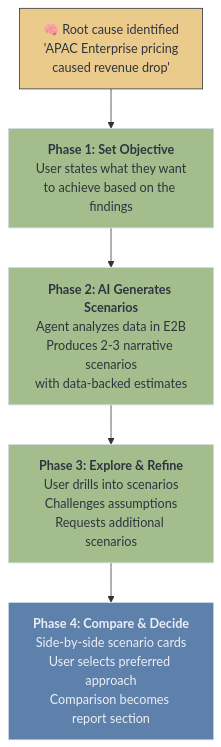
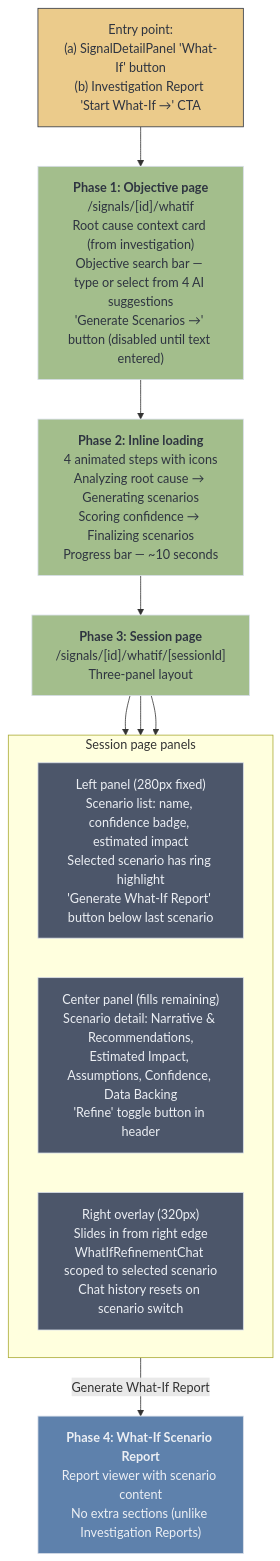
One commit to nuelo-ai/nuelo-spectra changed the sixth of 6 diagrams in requirements/Spectra-Pulse-Requirement.md. Above: the diagram before and after it, drawn with Mermaid. The commit also changed other lines of this file, not shown here.

````diff
--- a/requirements/Spectra-Pulse-Requirement.md
+++ b/requirements/Spectra-Pulse-Requirement.md
@@ -330,16 +355,30 @@
 ```mermaid
 graph TD
-    RC["🧠 Root cause identified<br/>'APAC Enterprise pricing<br/>caused revenue drop'"] --> Objective["<b>Phase 1: Set Objective</b><br/>User states what they want<br/>to achieve based on the findings"]
+    Entry["Entry point:<br/>(a) SignalDetailPanel 'What-If' button<br/>(b) Investigation Report 'Start What-If →' CTA"] --> ObjPage["<b>Phase 1: Objective page</b><br/>/signals/[id]/whatif<br/>Root cause context card (from investigation)<br/>Objective search bar — type or select from 4 AI suggestions<br/>'Generate Scenarios →' button (disabled until text entered)"]
 
-    Objective --> Generate["<b>Phase 2: AI Generates Scenarios</b><br/>Agent analyzes data in E2B<br/>Produces 2-3 narrative scenarios<br/>with data-backed estimates"]
+    ObjPage --> Loading["<b>Phase 2: Inline loading</b><br/>4 animated steps with icons<br/>Analyzing root cause → Generating scenarios<br/>Scoring confidence → Finalizing scenarios<br/>Progress bar — ~10 seconds"]
 
-    Generate --> Refine["<b>Phase 3: Explore & Refine</b><br/>User drills into scenarios<br/>Challenges assumptions<br/>Requests additional scenarios"]
+    Loading --> SessionPage["<b>Phase 3: Session page</b><br/>/signals/[id]/whatif/[sessionId]<br/>Three-panel layout"]
 
-    Refine --> Compare["<b>Phase 4: Compare & Decide</b><br/>Side-by-side scenario cards<br/>User selects preferred approach<br/>Comparison becomes report section"]
+    subgraph session["Session page panels"]
+        direction LR
+        Left["Left panel (280px fixed)<br/>Scenario list: name, confidence badge, estimated impact<br/>Selected scenario has ring highlight<br/>'Generate What-If Report' button below last scenario"]
+        Center["Center panel (fills remaining)<br/>Scenario detail: Narrative & Recommendations,<br/>Estimated Impact, Assumptions, Confidence, Data Backing<br/>'Refine' toggle button in header"]
+        Right["Right overlay (320px)<br/>Slides in from right edge<br/>WhatIfRefinementChat scoped to selected scenario<br/>Chat history resets on scenario switch"]
+    end
 
-    style RC fill:#EBCB8B,stroke:#2E3440,color:#2E3440
-    style Objective fill:#A3BE8C,stroke:#D8DEE9,color:#2E3440
-    style Generate fill:#A3BE8C,stroke:#D8DEE9,color:#2E3440
-    style Refine fill:#A3BE8C,stroke:#D8DEE9,color:#2E3440
-    style Compare fill:#5E81AC,stroke:#D8DEE9,color:#ECEFF4
+    SessionPage --> Left
+    SessionPage --> Center
+    SessionPage --> Right
+
+    Left -->|"Generate What-If Report"| Report["<b>Phase 4: What-If Scenario Report</b><br/>Report viewer with scenario content<br/>No extra sections (unlike Investigation Reports)"]
+
+    style Entry fill:#EBCB8B,stroke:#2E3440,color:#2E3440
+    style ObjPage fill:#A3BE8C,stroke:#D8DEE9,color:#2E3440
+    style Loading fill:#A3BE8C,stroke:#D8DEE9,color:#2E3440
+    style SessionPage fill:#A3BE8C,stroke:#D8DEE9,color:#2E3440
+    style Left fill:#4C566A,stroke:#D8DEE9,color:#ECEFF4
+    style Center fill:#4C566A,stroke:#D8DEE9,color:#ECEFF4
+    style Right fill:#4C566A,stroke:#D8DEE9,color:#ECEFF4
+    style Report fill:#5E81AC,stroke:#D8DEE9,color:#ECEFF4
 ```
````
